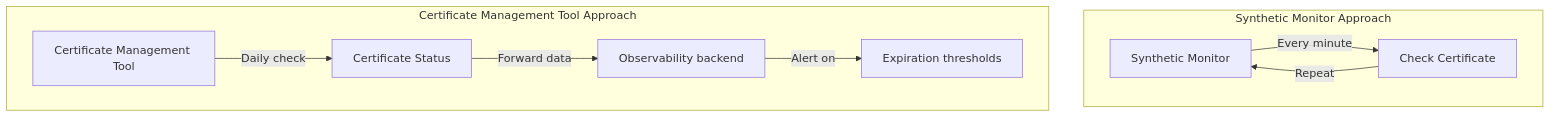
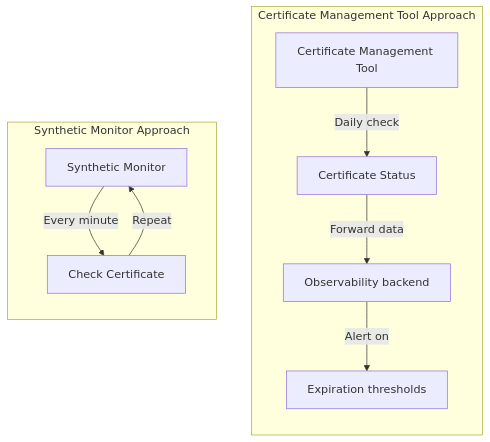
One commit to radra23/scryops-site changed the second of 3 diagrams in content/guides/certificate-monitoring.md. Above: the diagram before and after it, drawn with Mermaid. The commit also changed other lines of this file and 23 other files, not shown here.

First line of the commit message:
content: redraw the nine widest Mermaid diagrams to fit the card

```diff
--- a/content/guides/certificate-monitoring.md
+++ b/content/guides/certificate-monitoring.md
@@ -36,13 +36,15 @@
 {{< mermaid caption="Fig. — Swapping a minute-by-minute synthetic loop for a daily certificate-tool check into your observability backend cuts check volume without losing lead time." >}}
 graph TB
-    subgraph "Synthetic Monitor Approach"
-    A[Synthetic Monitor] -->|Every minute| B[Check Certificate]
-    B -->|Repeat| A
-    end
-
     subgraph "Certificate Management Tool Approach"
+    direction TB
     C[Certificate Management Tool] -->|Daily check| D[Certificate Status]
     D -->|Forward data| E[Observability backend]
     E -->|Alert on| F[Expiration thresholds]
     end
+
+    subgraph "Synthetic Monitor Approach"
+    direction TB
+    A[Synthetic Monitor] -->|Every minute| B[Check Certificate]
+    B -->|Repeat| A
+    end
 {{< /mermaid >}}
```
